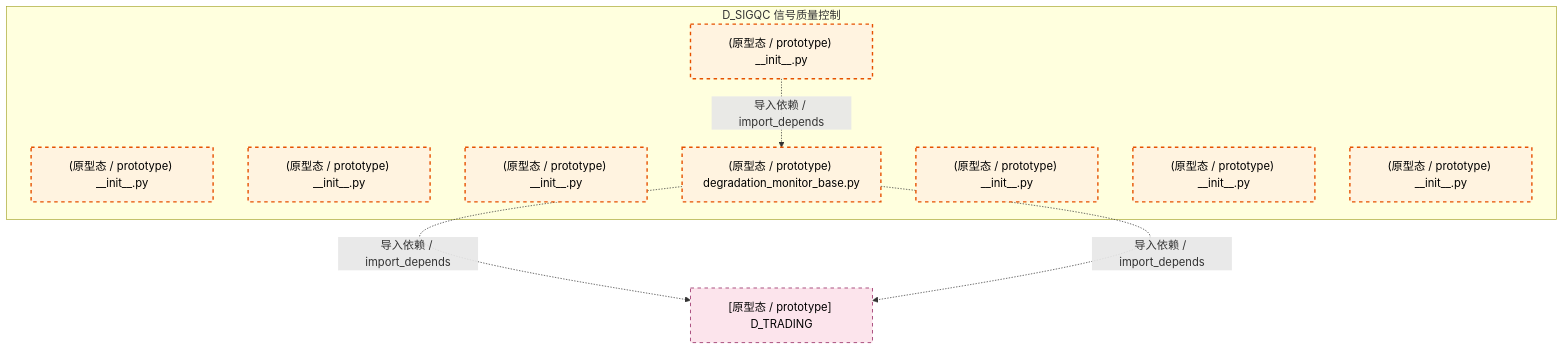
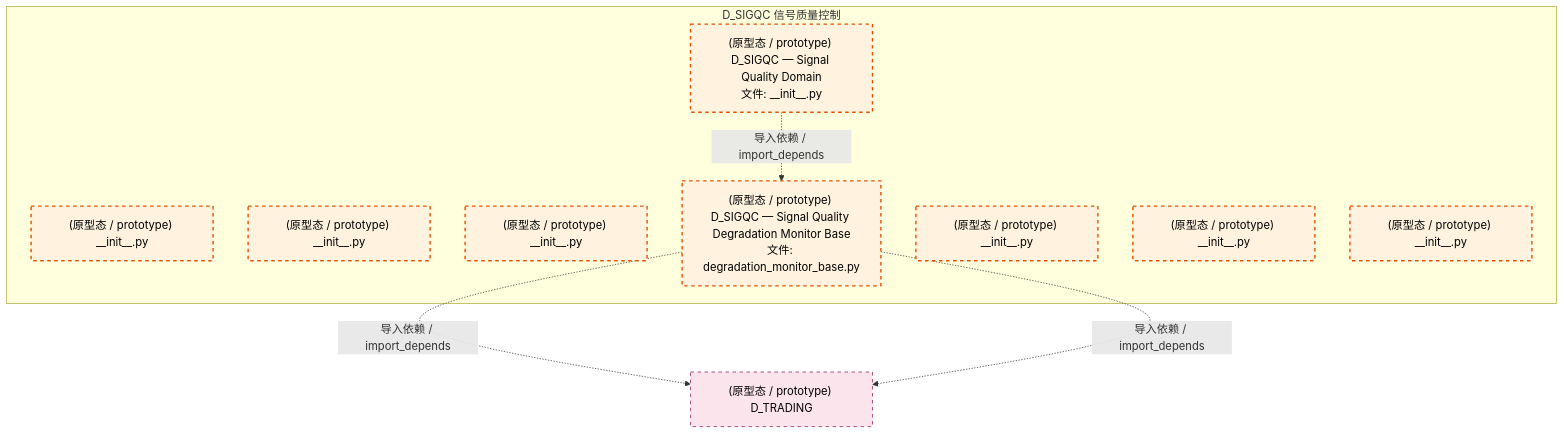
The first of 3 diagrams in docs/02_enterprise_architecture/02_domain_architecture_docs/48_d_sigqc.md (xuanFelixVan/ZephyrAlpha), drawn with Mermaid before and after one commit. The commit also changed other lines of this file and 51 other files, not shown here.

````diff
--- a/docs/02_enterprise_architecture/02_domain_architecture_docs/48_d_sigqc.md
+++ b/docs/02_enterprise_architecture/02_domain_architecture_docs/48_d_sigqc.md
@@ -49,23 +71,23 @@
 ```mermaid
 graph TD
     subgraph D_SIGQC["D_SIGQC 信号质量控制"]
-        src_zephyr_signal_quality_init_py["(原型态 / prototype) __init__.py"]
+        src_zephyr_signal_quality_init_py["(原型态 / prototype) D_SIGQC — Signal Quality Domain<br/>文件: __init__.py"]
         src_zephyr_signal_quality_extensions_init_py["(原型态 / prototype) __init__.py"]
         src_zephyr_signal_quality_api_init_py["(原型态 / prototype) __init__.py"]
         src_zephyr_signal_quality_core_init_py["(原型态 / prototype) __init__.py"]
-        src_zephyr_signal_quality_degradation_monitor_base_py["(原型态 / prototype) degradation_monitor_base.py"]
+        src_zephyr_signal_quality_degradation_monitor_base_py["(原型态 / prototype) D_SIGQC — Signal Quality Degradation Monitor Base<br/>文件: degradation_monitor_base.py"]
         src_zephyr_signal_quality_infrastructure_init_py["(原型态 / prototype) __init__.py"]
         src_zephyr_signal_quality_models_init_py["(原型态 / prototype) __init__.py"]
         src_zephyr_signal_quality_services_init_py["(原型态 / prototype) __init__.py"]
     end
     src_zephyr_signal_quality_init_py -.->|导入依赖 / import_depends| src_zephyr_signal_quality_degradation_monitor_base_py
-    D_TRADING["[原型态 / prototype] D_TRADING"]
+    D_TRADING["(原型态 / prototype) D_TRADING"]
     src_zephyr_signal_quality_degradation_monitor_base_py -.->|导入依赖 / import_depends| D_TRADING
     src_zephyr_signal_quality_degradation_monitor_base_py -.->|导入依赖 / import_depends| D_TRADING
     classDef production fill:#e1f5fe,stroke:#01579b,stroke-width:2px,color:#000
     classDef design fill:#fff3e0,stroke:#e65100,stroke-width:2px,color:#000,stroke-dasharray: 5 5
     classDef external_prod fill:#e8f5e9,stroke:#1b5e20,stroke-width:1px,color:#000
     classDef external_design fill:#fce4ec,stroke:#880e4f,stroke-width:1px,color:#000,stroke-dasharray: 5 5
     class src_zephyr_signal_quality_init_py,src_zephyr_signal_quality_extensions_init_py,src_zephyr_signal_quality_api_init_py,src_zephyr_signal_quality_core_init_py,src_zephyr_signal_quality_degradation_monitor_base_py,src_zephyr_signal_quality_infrastructure_init_py,src_zephyr_signal_quality_models_init_py,src_zephyr_signal_quality_services_init_py design
     class D_TRADING external_design
 ```
````
